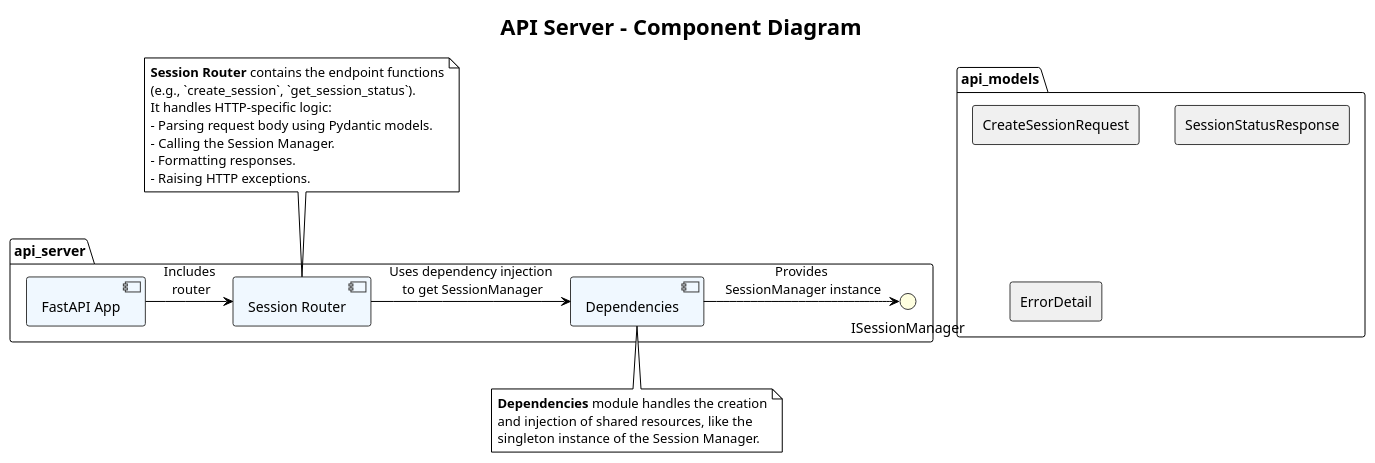
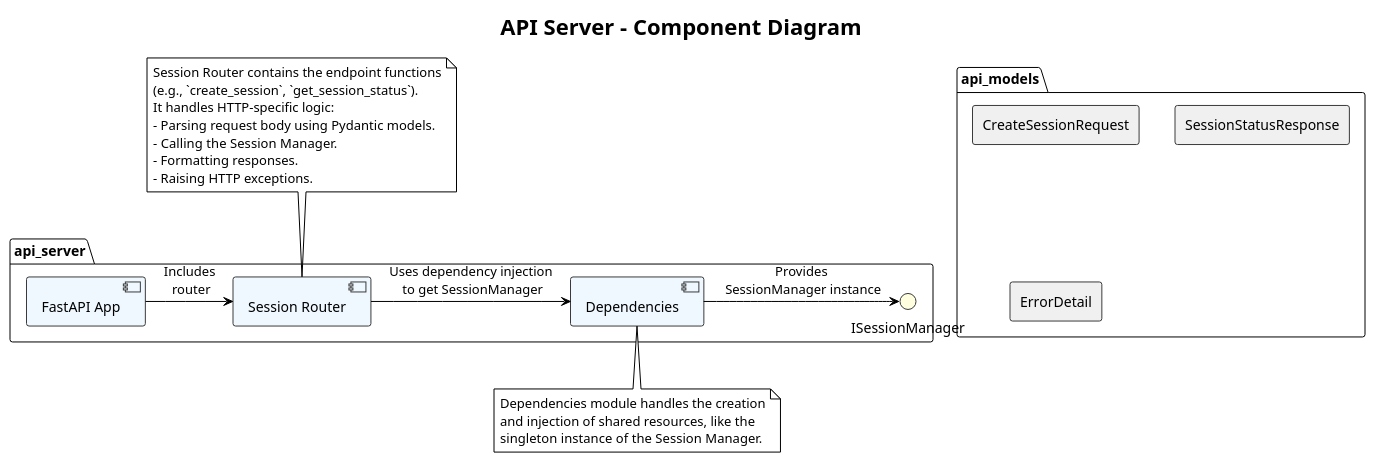
Before and after one commit to kalahetun/Minesweeper: the second of 7 diagrams in recommender/docs/design_doc/Design_1_CoordinatorService.md, drawn with PlantUML. The commit also changed other lines of this file and 27 other files, not shown here.

````diff
--- a/recommender/docs/design_doc/Design_1_CoordinatorService.md
+++ b/recommender/docs/design_doc/Design_1_CoordinatorService.md
@@ -77,54 +77,54 @@
 ```plantuml
 @startuml
 !theme plain
 skinparam rectangle {
     BorderColor #3A3A3A
     BackgroundColor #F0F0F0
 }
 skinparam component {
     BorderColor #3A3A3A
     BackgroundColor #AliceBlue
 }
 skinparam interface {
     BorderColor #3A3A3A
     BackgroundColor #LightYellow
 }
 
 title API Server - Component Diagram
 
 package "api_server" {
     component "FastAPI App" as App
     component "Session Router" as Router
     component "Dependencies" as Deps
     
     interface "ISessionManager" as ISessionManager
 }
 
 package "api_models" {
     rectangle "CreateSessionRequest"
     rectangle "SessionStatusResponse"
     rectangle "ErrorDetail"
 }
 
 App -> Router: Includes\n router
 Router -> Deps: Uses dependency injection\n to get SessionManager
 Deps -> ISessionManager: Provides\n SessionManager instance
 
 note top of Router
-  **Session Router** contains the endpoint functions
+  Session Router contains the endpoint functions
   (e.g., `create_session`, `get_session_status`).
   It handles HTTP-specific logic:
   - Parsing request body using Pydantic models.
   - Calling the Session Manager.
   - Formatting responses.
   - Raising HTTP exceptions.
 end note
 
 note bottom of Deps
-  **Dependencies** module handles the creation
+  Dependencies module handles the creation
   and injection of shared resources, like the
   singleton instance of the Session Manager.
 end note
 
 @enduml
 ```
````
